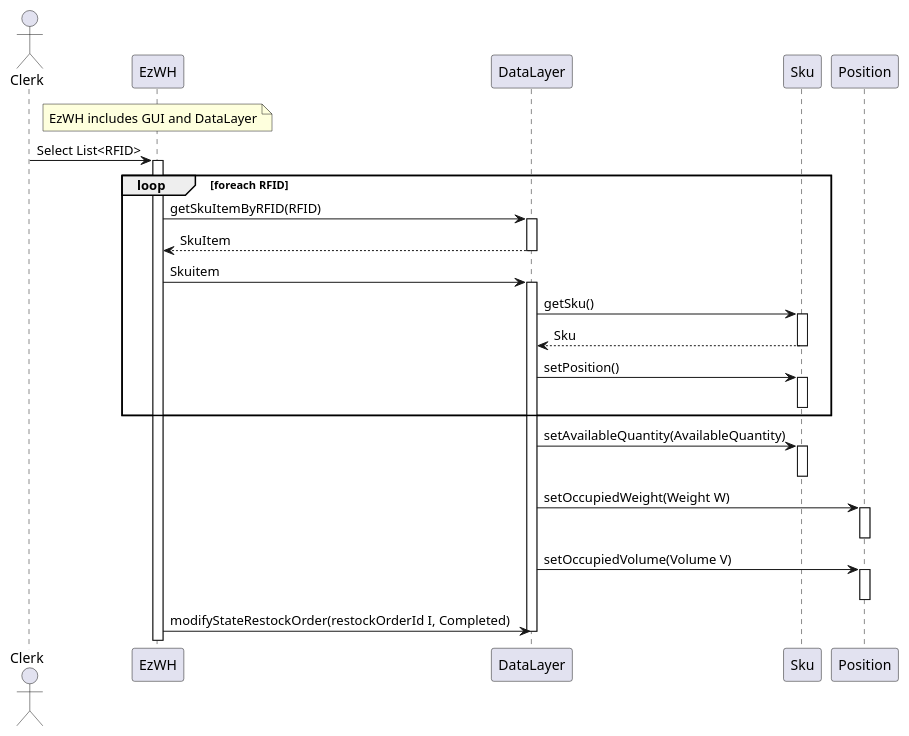
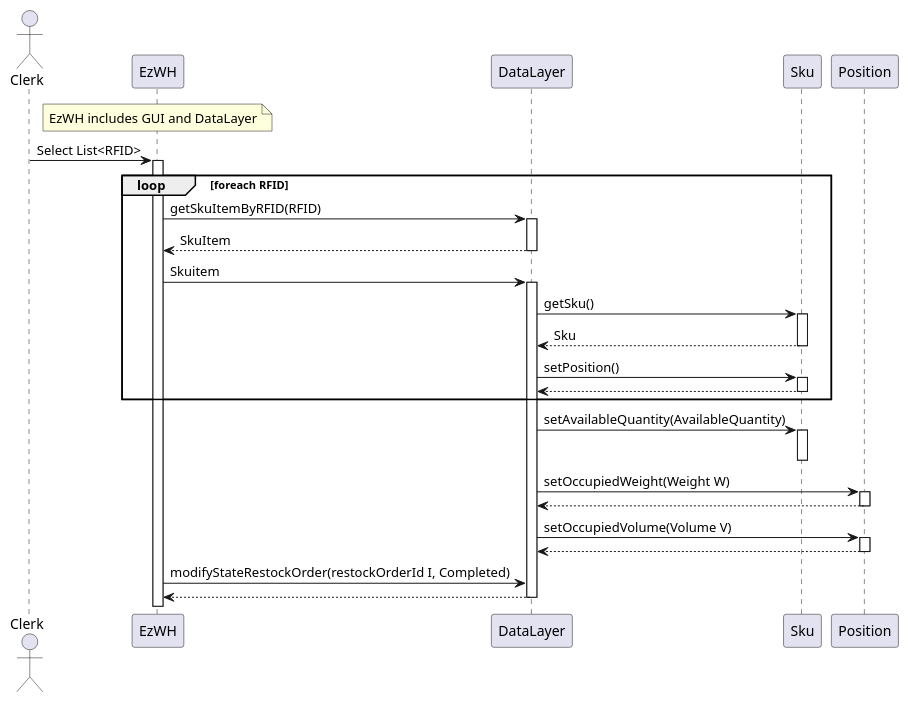
The fifth of 5 diagrams in DesignDocument.md (LucaFilippetti99/EzWh---Software-engineering-project), drawn with PlantUML before and after one commit.

Commit message:
updated final scenario 5-3-1

````diff
--- a/DesignDocument.md
+++ b/DesignDocument.md
@@ -214,46 +214,50 @@
 ```plantuml
 
 actor Clerk
 note over EzWH : EzWH includes GUI and DataLayer
 Clerk -> EzWH : Select List<RFID> 
 activate EzWH
 
 loop foreach RFID
 
 EzWH -> DataLayer : getSkuItemByRFID(RFID)
 activate DataLayer
 return  SkuItem
 
 EzWH -> DataLayer : Skuitem
 activate DataLayer
 DataLayer -> Sku : getSku()
 activate Sku
 return  Sku
 
 DataLayer -> Sku : setPosition()
 activate Sku
+return
 deactivate Sku
 
 end
 
 DataLayer -> Sku : setAvailableQuantity(AvailableQuantity)
 activate Sku
 deactivate Sku
 
 
 
 DataLayer -> Position : setOccupiedWeight(Weight W)
 activate Position
+return
 deactivate Position
 
 DataLayer -> Position : setOccupiedVolume(Volume V)
 activate Position
+return
 deactivate Position
   
 
-EzWH -> DataLayer :  modifyStateRestockOrder(restockOrderId I, Completed) 
+EzWH -> DataLayer :  modifyStateRestockOrder(restockOrderId I, Completed)
+return 
 deactivate DataLayer
 
 
 
 ```
````
